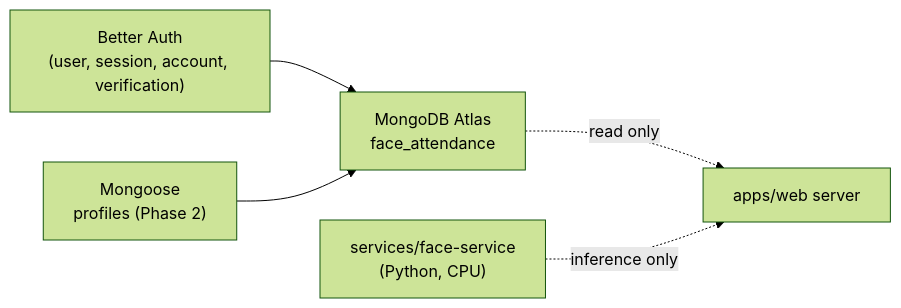
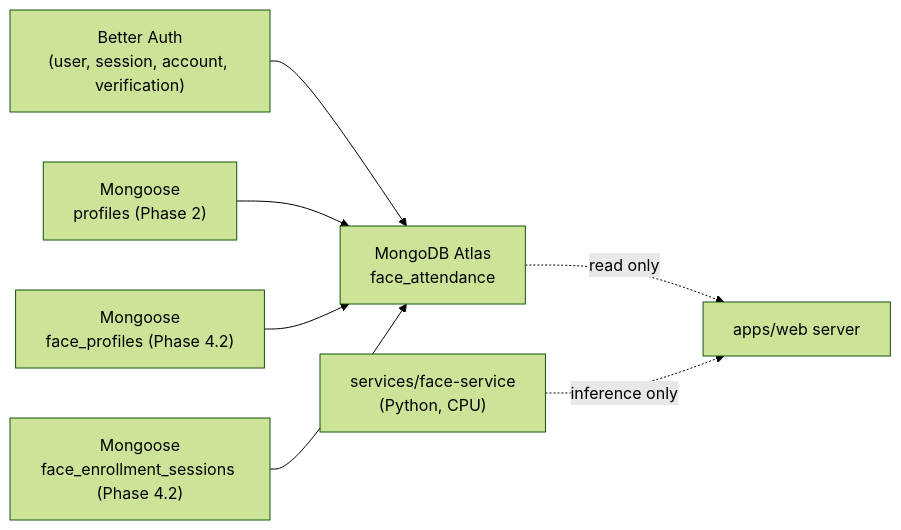
Before and after one commit to hoquan2007/face-attendance: the diagram in docs/database.md, drawn with Mermaid (forest theme). The commit also changed other lines of this file and 15 other files, not shown here.

````diff
--- a/docs/database.md
+++ b/docs/database.md
@@ -123,7 +219,9 @@
 ```mermaid
 flowchart LR
     Auth["Better Auth\n(user, session, account, verification)"] --> Mongo["MongoDB Atlas\nface_attendance"]
     Profiles["Mongoose\nprofiles (Phase 2)"] --> Mongo
+    FaceProfiles["Mongoose\nface_profiles (Phase 4.2)"] --> Mongo
+    EnrollSessions["Mongoose\nface_enrollment_sessions (Phase 4.2)"] --> Mongo
     Mongo -.read only.-> Web["apps/web server"]
     Face["services/face-service\n(Python, CPU)"] -.inference only.-> Web
 ```
````
